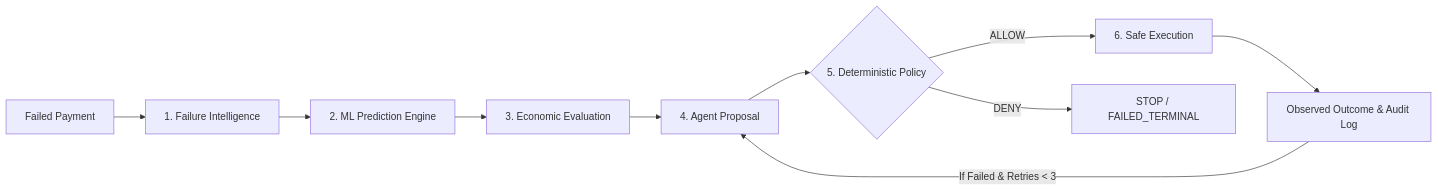
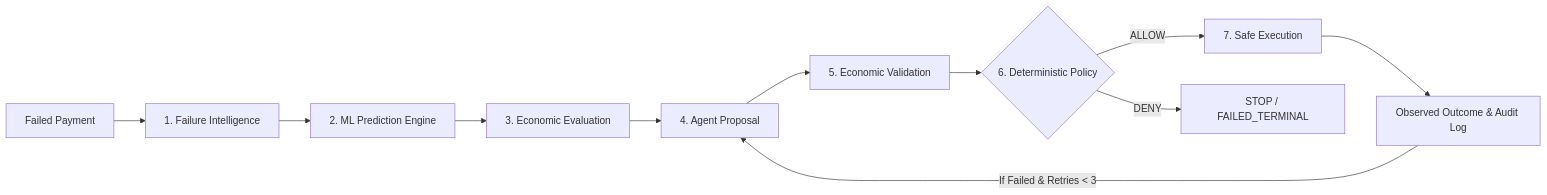
One commit to Hardik9999/RecoveryOS changed the second of 2 diagrams in README.md. Above: the diagram before and after it, drawn with Mermaid. The commit also changed other lines of this file and 13 other files, not shown here.

````diff
--- a/README.md
+++ b/README.md
@@ -92,12 +92,13 @@
 ```mermaid
 flowchart LR
     A[Failed Payment] --> B[1. Failure Intelligence]
     B --> C[2. ML Prediction Engine]
     C --> D[3. Economic Evaluation]
     D --> E[4. Agent Proposal]
-    E --> F{5. Deterministic Policy}
-    F -- ALLOW --> G[6. Safe Execution]
+    E --> V[5. Economic Validation]
+    V --> F{6. Deterministic Policy}
+    F -- ALLOW --> G[7. Safe Execution]
     F -- DENY --> H[STOP / FAILED_TERMINAL]
     G --> I[Observed Outcome & Audit Log]
     I -- If Failed & Retries < 3 --> E
 ```
````
